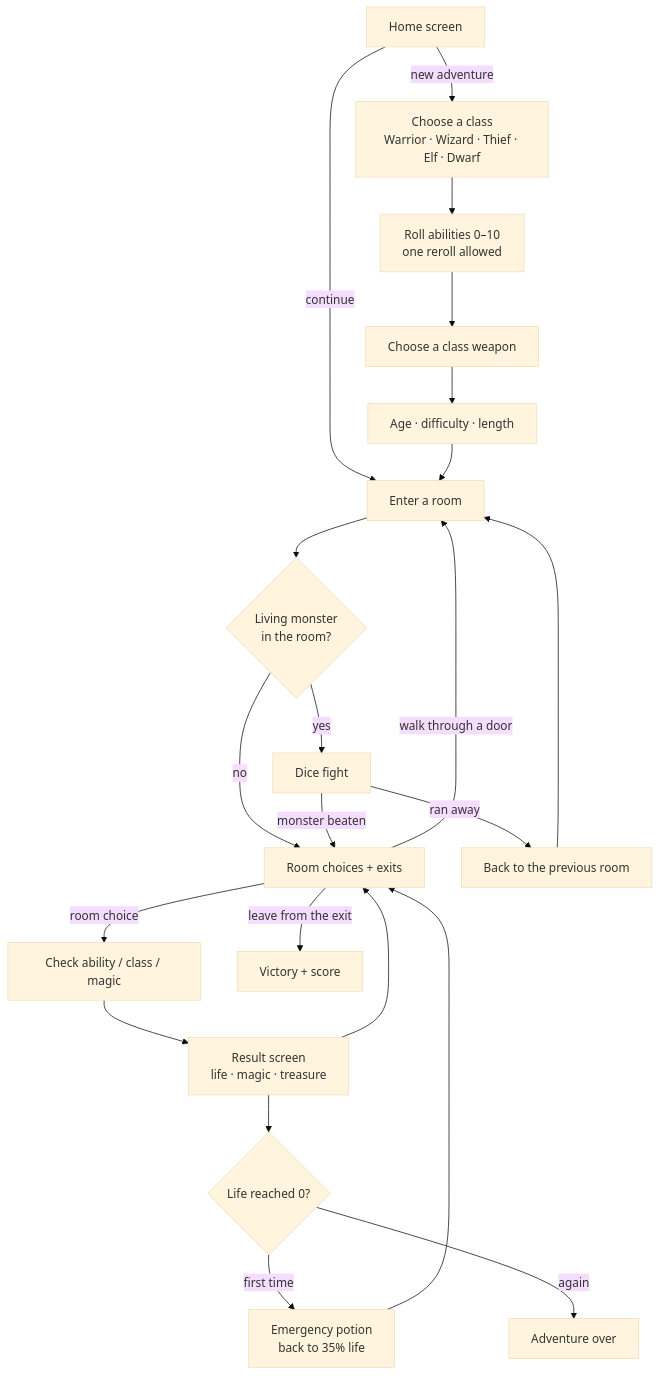
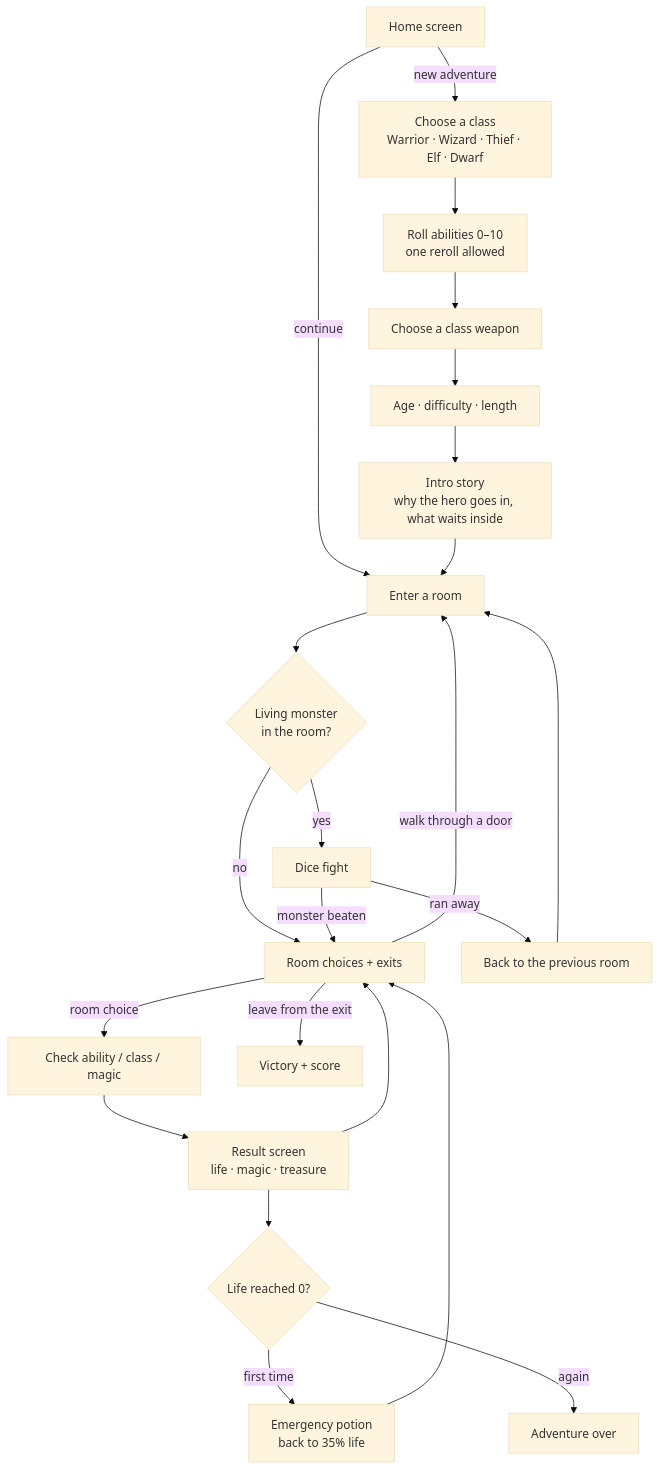
One commit to avishayal-source/harpatka-bamavoch changed the first of 3 diagrams in README.md. Above: the diagram before and after it, drawn with Mermaid (base theme). The commit also changed other lines of this file and 21 other files, not shown here.

First line of the commit message:
Add intro story, secret doors, dead ends, a larger maze, and an adventure journal

````diff
--- a/README.md
+++ b/README.md
@@ -22,28 +22,29 @@
 ```mermaid
 flowchart TD
     Home[Home screen] -->|new adventure| Class[Choose a class<br/>Warrior · Wizard · Thief · Elf · Dwarf]
     Home -->|continue| Room
     Class --> Roll[Roll abilities 0–10<br/>one reroll allowed]
     Roll --> Weapon[Choose a class weapon]
     Weapon --> Setup[Age · difficulty · length]
-    Setup --> Room[Enter a room]
+    Setup --> Intro[Intro story<br/>why the hero goes in, what waits inside]
+    Intro --> Room[Enter a room]
 
     Room --> Monster{Living monster<br/>in the room?}
     Monster -->|yes| Fight[Dice fight]
     Monster -->|no| Choices[Room choices + exits]
 
     Choices -->|room choice| Check[Check ability / class / magic]
     Check --> Result[Result screen<br/>life · magic · treasure]
     Result --> Choices
     Choices -->|walk through a door| Room
 
     Fight -->|monster beaten| Choices
     Fight -->|ran away| Previous[Back to the previous room]
     Previous --> Room
 
     Result --> Life{Life reached 0?}
     Life -->|first time| Potion[Emergency potion<br/>back to 35% life]
     Potion --> Choices
     Life -->|again| Lost[Adventure over]
     Choices -->|leave from the exit| Won[Victory + score]
 ```
````
